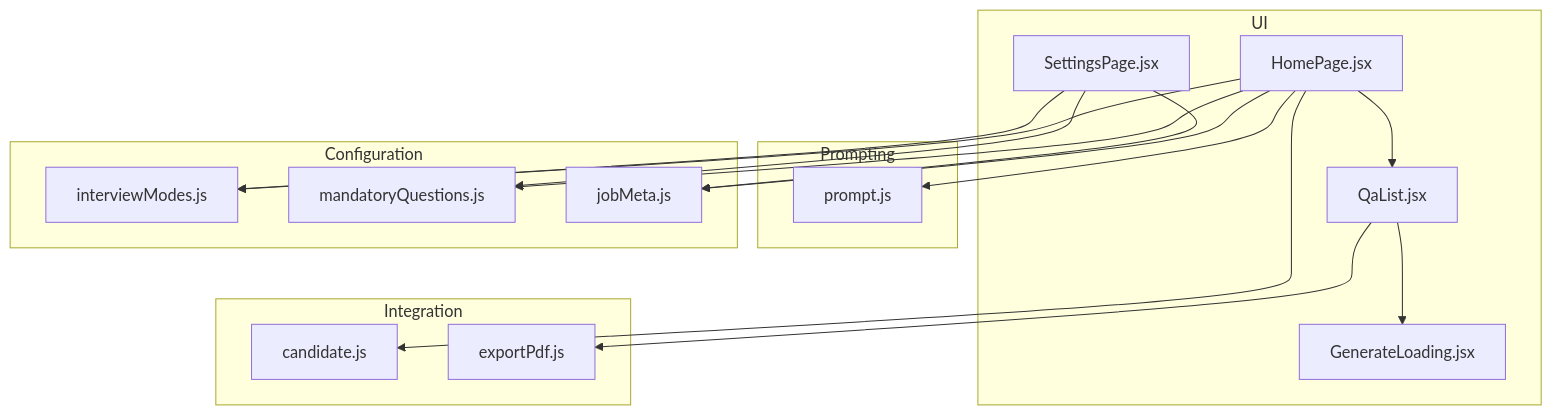
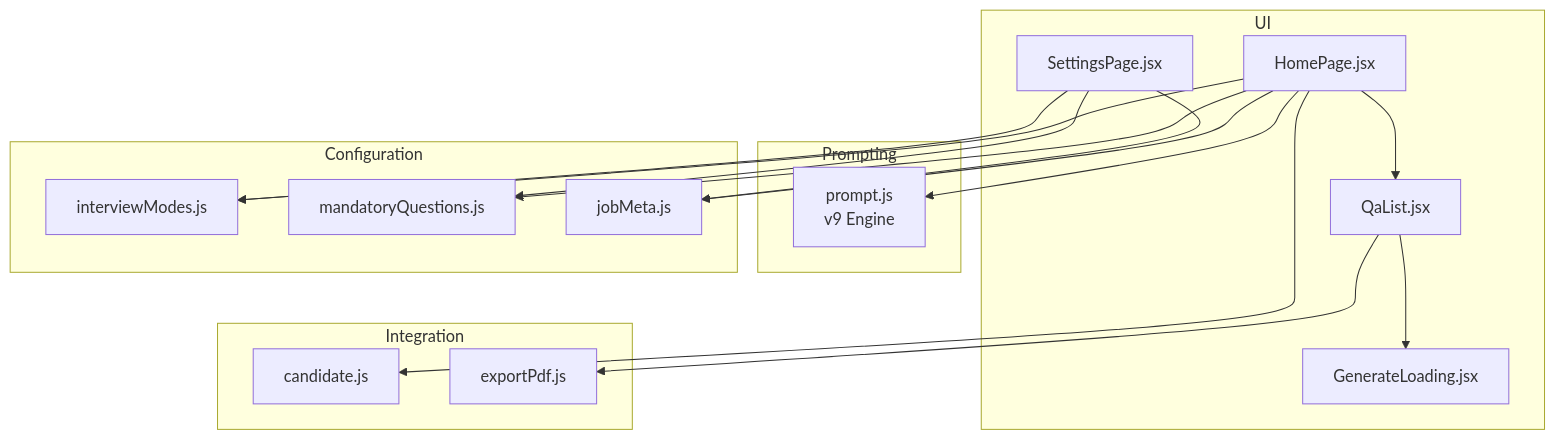
One commit to zmyeo54/briefroom changed the first of 6 diagrams in .qoder/repowiki/en/content/Core Features/Interview Question Generator/Interview Question Generator.md. Above: the diagram before and after it, drawn with Mermaid. The commit also changed other lines of this file and 42 other files, not shown here.

````diff
--- a/.qoder/repowiki/en/content/Core Features/Interview Question Generator/Interview Question Generator.md
+++ b/.qoder/repowiki/en/content/Core Features/Interview Question Generator/Interview Question Generator.md
@@ -39,32 +46,32 @@
 ```mermaid
 graph TB
 subgraph "UI"
 HP["HomePage.jsx"]
 SP["SettingsPage.jsx"]
 QL["QaList.jsx"]
 GL["GenerateLoading.jsx"]
 end
 subgraph "Prompting"
-PR["prompt.js"]
+PR["prompt.js<br/>v9 Engine"]
 end
 subgraph "Configuration"
 IM["interviewModes.js"]
 MQ["mandatoryQuestions.js"]
 JM["jobMeta.js"]
 end
 subgraph "Integration"
 CD["candidate.js"]
 EP["exportPdf.js"]
 end
 HP --> QL
 HP --> PR
 HP --> IM
 HP --> MQ
 HP --> JM
 HP --> CD
 QL --> EP
 SP --> MQ
 SP --> IM
 SP --> JM
 QL --> GL
 ```
````
